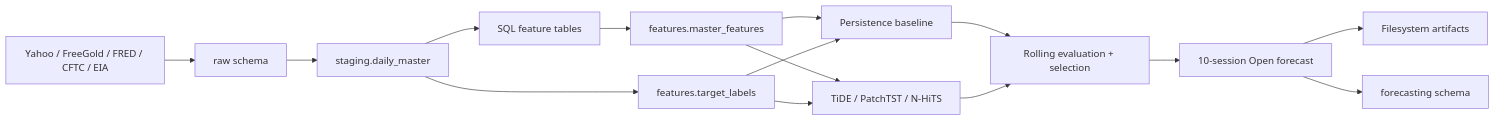
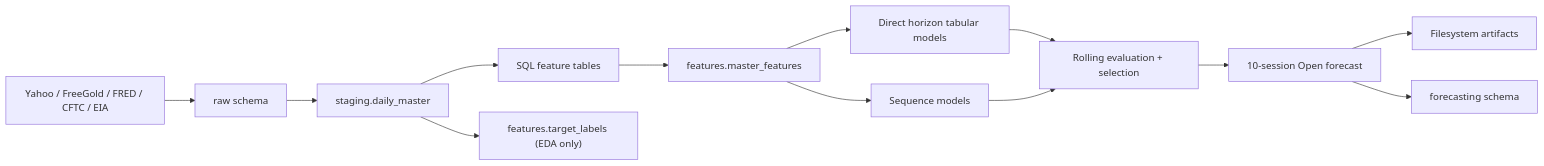
The diagram in docs/architecture/system_architecture.md (FindingAnAn/goldprice_prediction), drawn with Mermaid before and after one commit. The commit also changed other lines of this file and 27 other files, not shown here.

````diff
--- a/docs/architecture/system_architecture.md
+++ b/docs/architecture/system_architecture.md
@@ -8,17 +8,15 @@
 ```mermaid
 flowchart LR
     A["Yahoo / FreeGold / FRED / CFTC / EIA"] --> B["raw schema"]
     B --> C["staging.daily_master"]
     C --> D["SQL feature tables"]
     D --> E["features.master_features"]
-    C --> F["features.target_labels"]
-    E --> G["Persistence baseline"]
-    E --> H["TiDE / PatchTST / N-HiTS"]
-    F --> G
-    F --> H
+    E --> H["Sequence models"]
+    E --> G["Direct horizon tabular models"]
     G --> I["Rolling evaluation + selection"]
-    H --> I
+    H --> I["Rolling evaluation + selection"]
+    C --> F["features.target_labels (EDA only)"]
     I --> J["10-session Open forecast"]
     J --> K["Filesystem artifacts"]
     J --> L["forecasting schema"]
 ```
````
